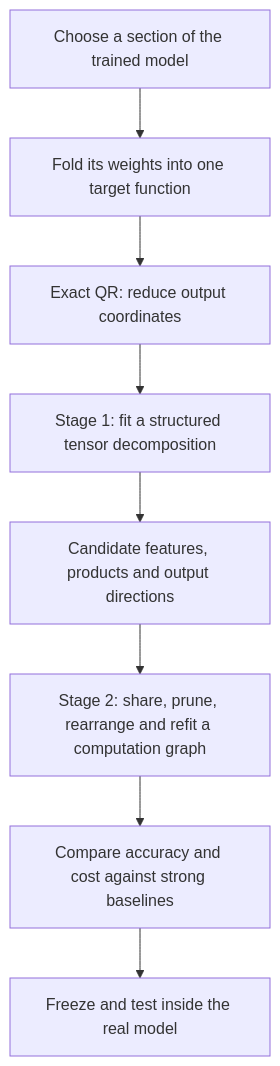
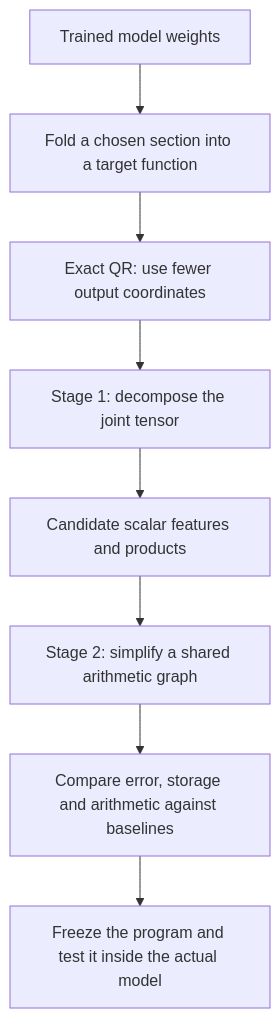
The first of 2 diagrams in basis_aligned/polynomial_causal/explanations/for_logan/research_update_2026-09-21_0104_full_coverage_and_shared_baselines.md (loganriggs/tensor_language), drawn with Mermaid before and after one commit. The commit also changed other lines of this file and 2 other files, not shown here.

Commit message:
Clarify two-stage decomposition trajectory and distinguish experiment scopes

````diff
--- a/basis_aligned/polynomial_causal/explanations/for_logan/research_update_2026-09-21_0104_full_coverage_and_shared_baselines.md
+++ b/basis_aligned/polynomial_causal/explanations/for_logan/research_update_2026-09-21_0104_full_coverage_and_shared_baselines.md
@@ -13,10 +13,10 @@
 ```mermaid
 flowchart TD
-    A[Choose a section of the trained model] --> B[Fold its weights into one target function]
-    B --> C[Exact QR: reduce output coordinates]
-    C --> D[Stage 1: fit a structured tensor decomposition]
-    D --> E[Candidate features, products and output directions]
-    E --> F[Stage 2: share, prune, rearrange and refit a computation graph]
-    F --> G[Compare accuracy and cost against strong baselines]
-    G --> H[Freeze and test inside the real model]
+    A[Trained model weights] --> B[Fold a chosen section into a target function]
+    B --> C[Exact QR: use fewer output coordinates]
+    C --> D[Stage 1: decompose the joint tensor]
+    D --> E[Candidate scalar features and products]
+    E --> F[Stage 2: simplify a shared arithmetic graph]
+    F --> G[Compare error, storage and arithmetic against baselines]
+    G --> H[Freeze the program and test it inside the actual model]
 ```
````
